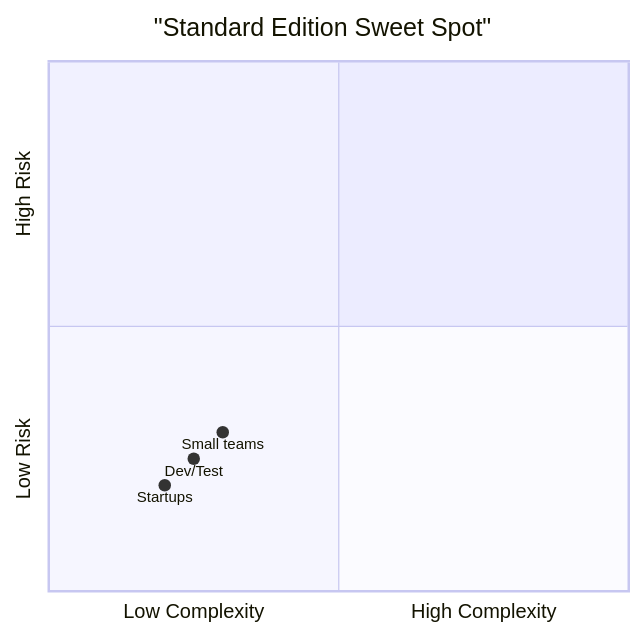
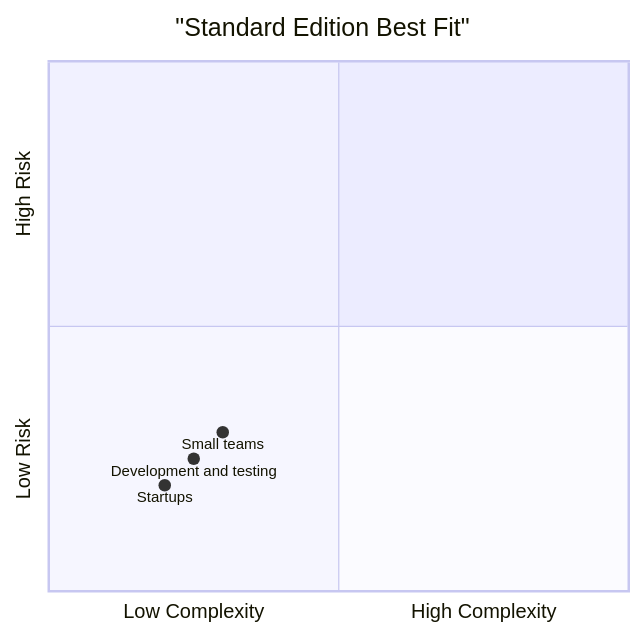
One commit to Balasubramanian-pg/COF-CO3 changed the second of 7 diagrams in Domain 1.0 Snowflake AI Data Cloud Features and Architecture/1.1 Snowflake Architecture/Snowflake Editions/Compare and Contrast Snowflake Editions.md. Above: the diagram before and after it, drawn with Mermaid. The commit also changed other lines of this file, not shown here.

````diff
--- a/Domain 1.0 Snowflake AI Data Cloud Features and Architecture/1.1 Snowflake Architecture/Snowflake Editions/Compare and Contrast Snowflake Editions.md
+++ b/Domain 1.0 Snowflake AI Data Cloud Features and Architecture/1.1 Snowflake Architecture/Snowflake Editions/Compare and Contrast Snowflake Editions.md
@@ -43,9 +39,9 @@
 ```mermaid
 quadrantChart
-    title "Standard Edition Sweet Spot"
+    title "Standard Edition Best Fit"
     x-axis "Low Complexity" --> "High Complexity"
     y-axis "Low Risk" --> "High Risk"
     "Startups": [0.2, 0.2]
     "Small teams": [0.3, 0.3]
-    "Dev/Test": [0.25, 0.25]
+    "Development and testing": [0.25, 0.25]
 ```
````
